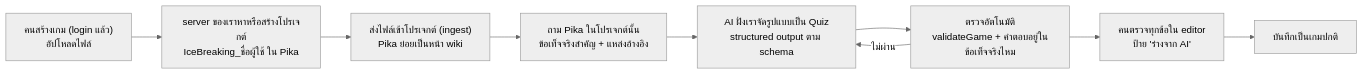
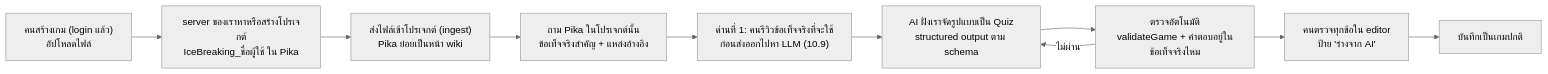
The second of 4 diagrams in docs/ROADMAP.md (sakanarm/IcebreakerArena), drawn with Mermaid (neutral theme) before and after one commit. The commit also changed other lines of this file and 6 other files, not shown here.

````diff
--- a/docs/ROADMAP.md
+++ b/docs/ROADMAP.md
@@ -688,11 +710,12 @@
 ```mermaid
 flowchart LR
   A["คนสร้างเกม (login แล้ว)<br/>อัปโหลดไฟล์"] --> B["server ของเราหาหรือสร้างโปรเจกต์<br/>IceBreaking_ชื่อผู้ใช้ ใน Pika"]
   B --> C["ส่งไฟล์เข้าโปรเจกต์ (ingest)<br/>Pika ย่อยเป็นหน้า wiki"]
   C --> D["ถาม Pika ในโปรเจกต์นั้น<br/>ข้อเท็จจริงสำคัญ + แหล่งอ้างอิง"]
-  D --> D2["AI ฝั่งเราจัดรูปแบบเป็น Quiz<br/>structured output ตาม schema"]
+  D --> R["ด่านที่ 1: คนรีวิวข้อเท็จจริงที่จะใช้<br/>ก่อนส่งออกไปหา LLM (10.9)"]
+  R --> D2["AI ฝั่งเราจัดรูปแบบเป็น Quiz<br/>structured output ตาม schema"]
   D2 --> E["ตรวจอัตโนมัติ<br/>validateGame + คำตอบอยู่ในข้อเท็จจริงไหม"]
   E -- "ไม่ผ่าน" --> D2
   E --> F["คนตรวจทุกข้อใน editor<br/>ป้าย 'ร่างจาก AI'"]
   F --> G["บันทึกเป็นเกมปกติ"]
 ```
````
